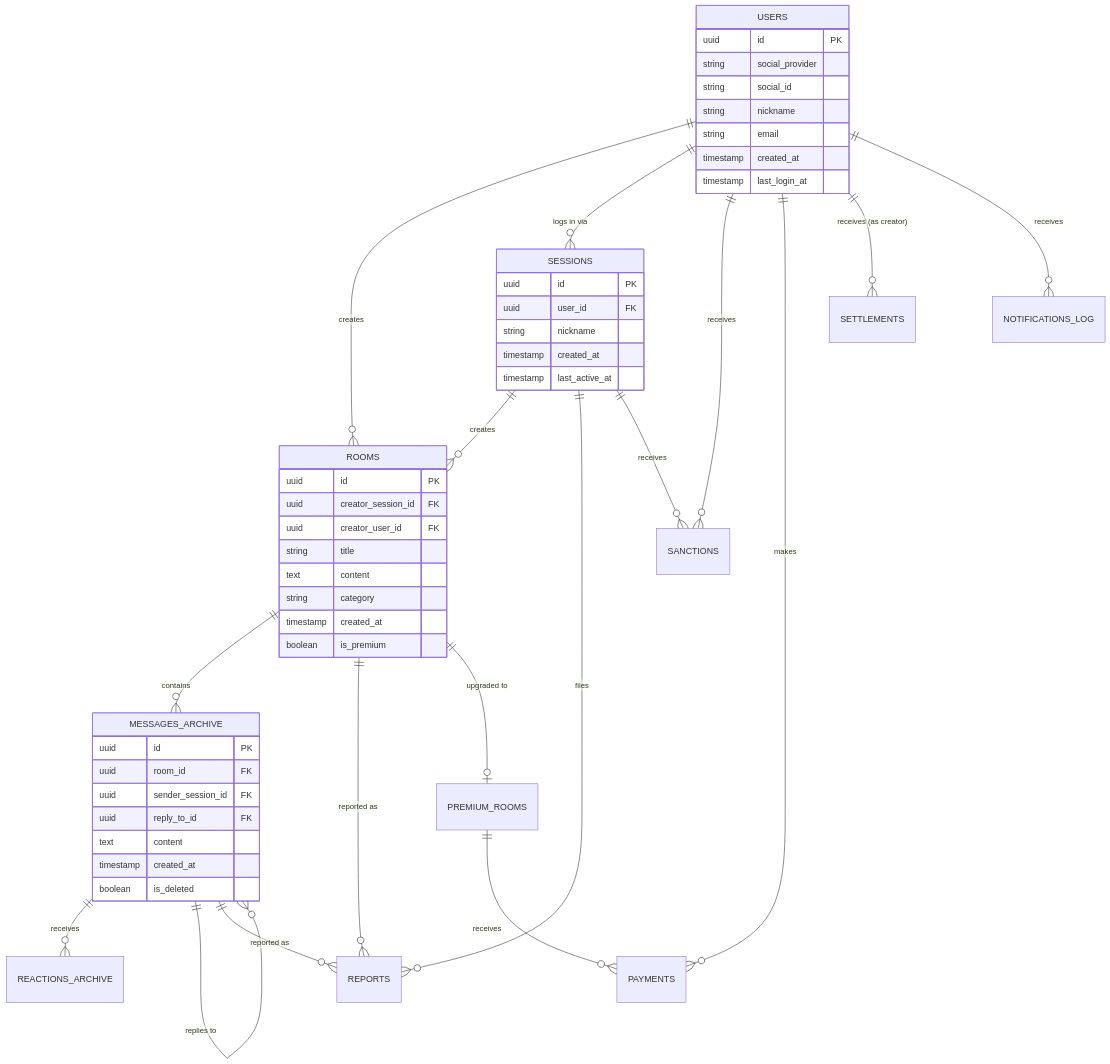
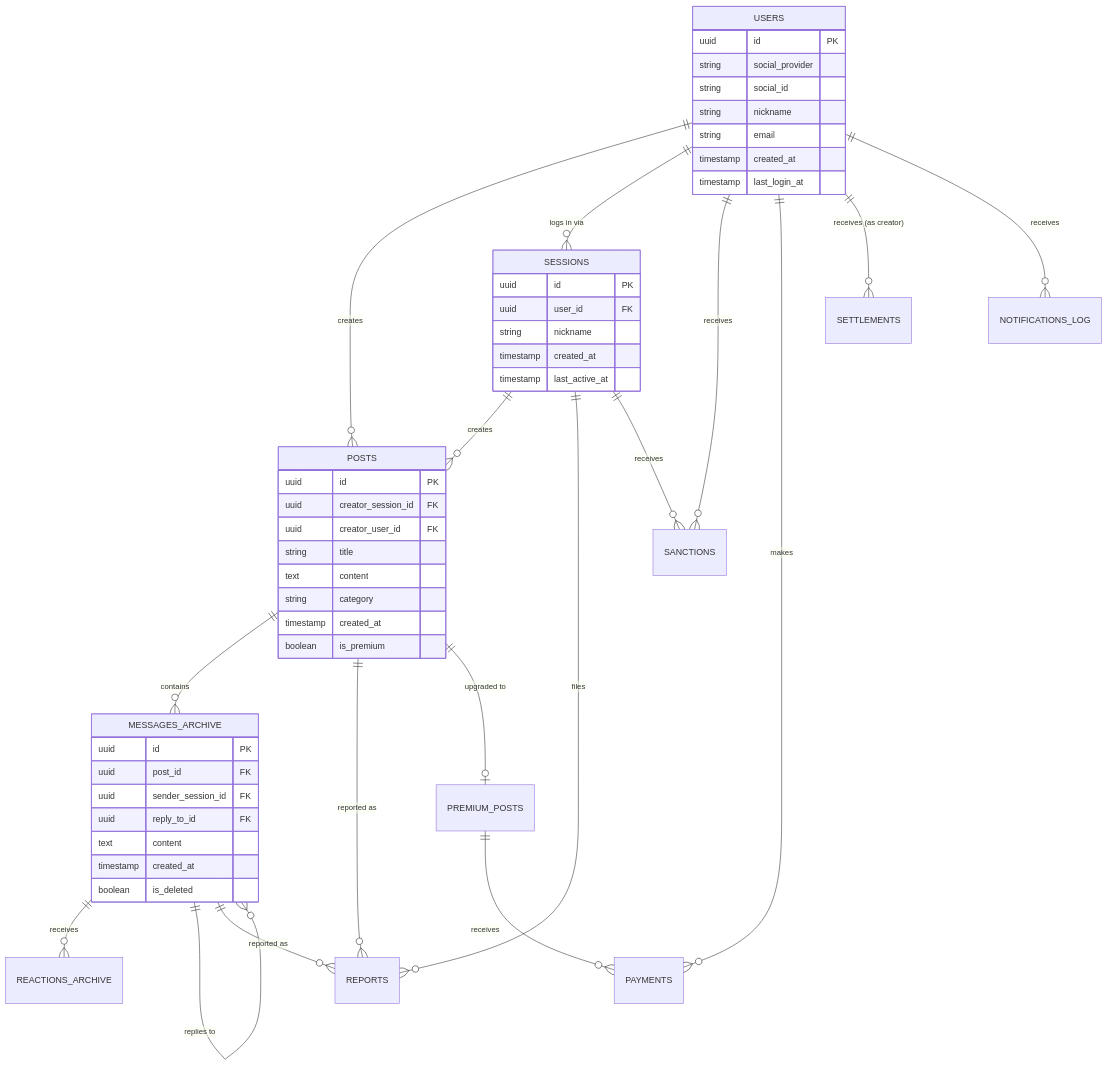
Before and after one commit to space-cap/buzz48: the diagram in docs/05_DB설계서.md, drawn with Mermaid. The commit also changed other lines of this file and 2 other files, not shown here.

Commit message:
feat: add database migration tool and initial schema definition

````diff
--- a/docs/05_DB설계서.md
+++ b/docs/05_DB설계서.md
@@ -22,55 +22,55 @@
 ```mermaid
 erDiagram
-  USERS ||--o{ ROOMS : creates
+  USERS ||--o{ POSTS : creates
   USERS ||--o{ SESSIONS : "logs in via"
-  SESSIONS ||--o{ ROOMS : creates
-  ROOMS ||--o{ MESSAGES_ARCHIVE : contains
+  SESSIONS ||--o{ POSTS : creates
+  POSTS ||--o{ MESSAGES_ARCHIVE : contains
   MESSAGES_ARCHIVE ||--o{ REACTIONS_ARCHIVE : receives
   MESSAGES_ARCHIVE ||--o{ MESSAGES_ARCHIVE : "replies to"
   MESSAGES_ARCHIVE ||--o{ REPORTS : "reported as"
-  ROOMS ||--o{ REPORTS : "reported as"
+  POSTS ||--o{ REPORTS : "reported as"
   SESSIONS ||--o{ REPORTS : files
   SESSIONS ||--o{ SANCTIONS : receives
   USERS ||--o{ SANCTIONS : receives
-  ROOMS ||--o| PREMIUM_ROOMS : "upgraded to"
-  PREMIUM_ROOMS ||--o{ PAYMENTS : "receives"
+  POSTS ||--o| PREMIUM_POSTS : "upgraded to"
+  PREMIUM_POSTS ||--o{ PAYMENTS : "receives"
   USERS ||--o{ PAYMENTS : makes
   USERS ||--o{ SETTLEMENTS : "receives (as creator)"
   USERS ||--o{ NOTIFICATIONS_LOG : receives
 
   USERS {
     uuid id PK
     string social_provider
     string social_id
     string nickname
     string email
     timestamp created_at
     timestamp last_login_at
   }
   SESSIONS {
     uuid id PK
     uuid user_id FK
     string nickname
     timestamp created_at
     timestamp last_active_at
   }
-  ROOMS {
+  POSTS {
     uuid id PK
     uuid creator_session_id FK
     uuid creator_user_id FK
     string title
     text content
     string category
     timestamp created_at
     boolean is_premium
   }
   MESSAGES_ARCHIVE {
     uuid id PK
-    uuid room_id FK
+    uuid post_id FK
     uuid sender_session_id FK
     uuid reply_to_id FK
     text content
     timestamp created_at
     boolean is_deleted
   }
 ```
````
